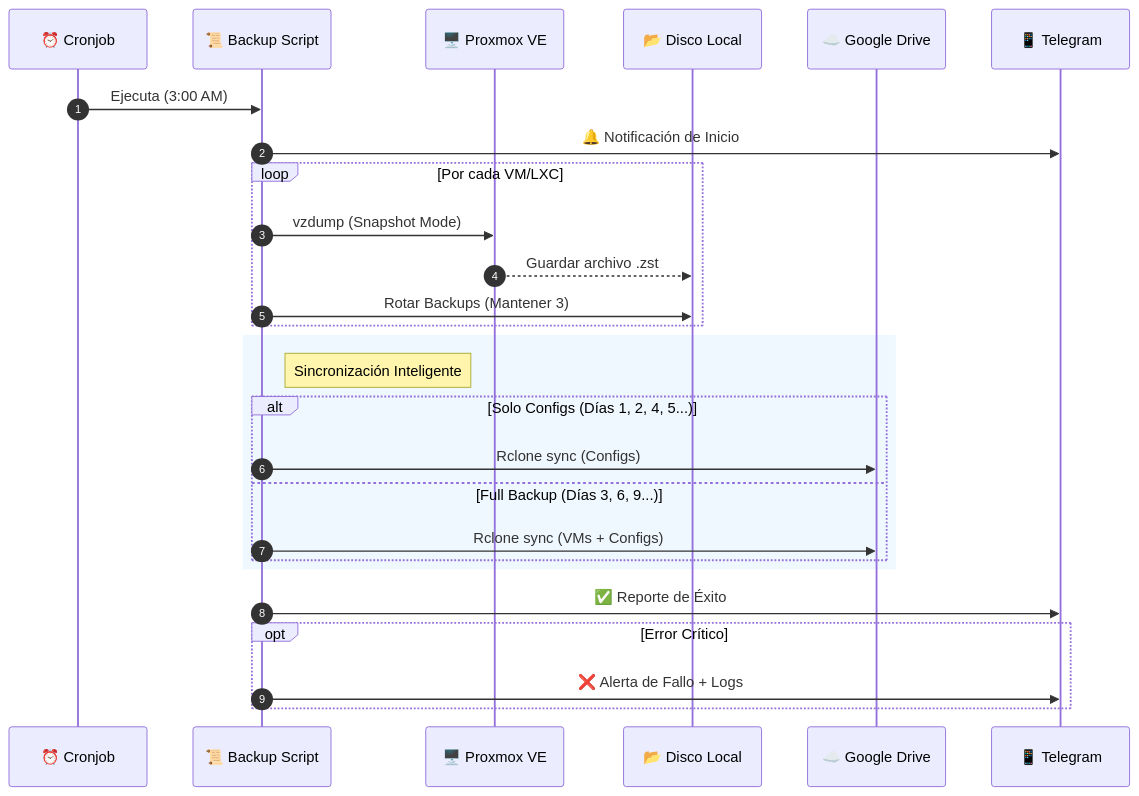
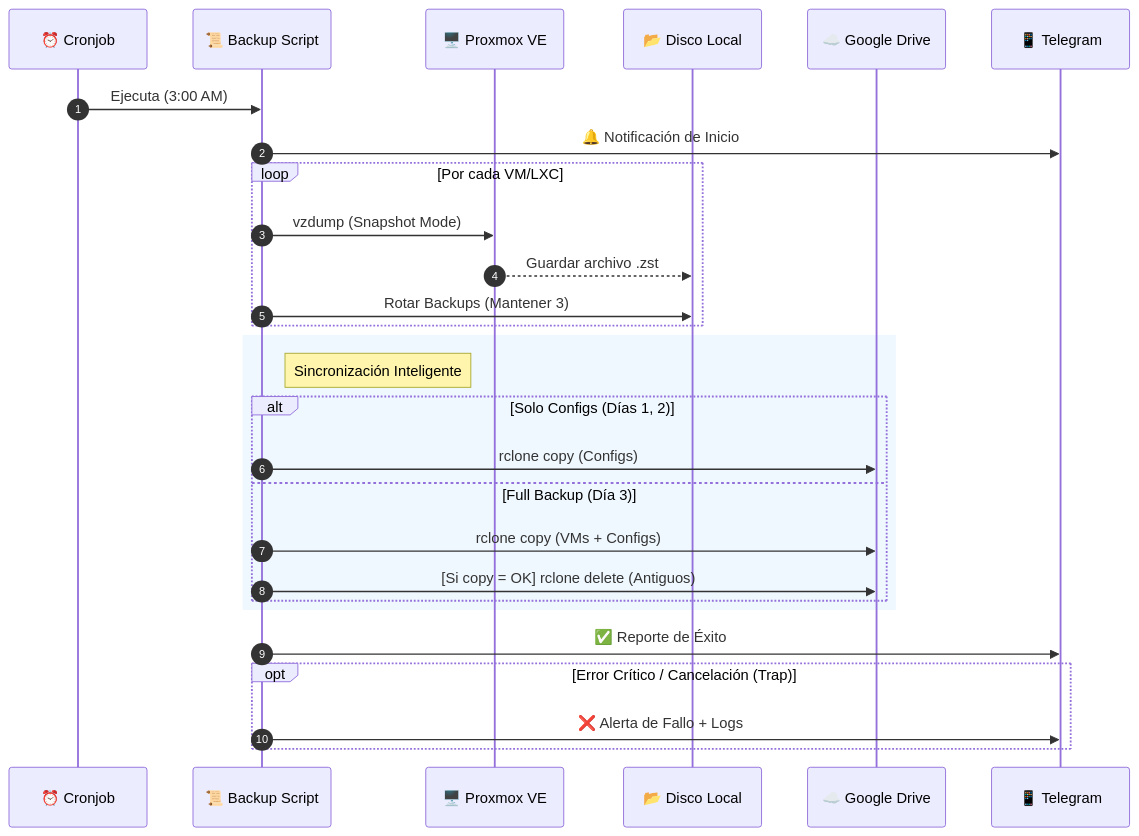
One commit to herwingx/backup-proxmox changed the second of 2 diagrams in README.md. Above: the diagram before and after it, drawn with Mermaid. The commit also changed other lines of this file and 1 other file, not shown here.

````diff
--- a/README.md
+++ b/README.md
@@ -126,34 +127,35 @@
 ```mermaid
 sequenceDiagram
     autonumber
     participant Cron as ⏰ Cronjob
     participant Script as 📜 Backup Script
     participant PVE as 🖥️ Proxmox VE
     participant Local as 📂 Disco Local
     participant Cloud as ☁️ Google Drive
     participant TG as 📱 Telegram
 
     Cron->>Script: Ejecuta (3:00 AM)
     Script->>TG: 🔔 Notificación de Inicio
     
     loop Por cada VM/LXC
         Script->>PVE: vzdump (Snapshot Mode)
         PVE-->>Local: Guardar archivo .zst
         Script->>Local: Rotar Backups (Mantener 3)
     end
 
     rect rgb(240, 248, 255)
     note right of Script: Sincronización Inteligente
-    alt Solo Configs (Días 1, 2, 4, 5...)
-        Script->>Cloud: Rclone sync (Configs)
-    else Full Backup (Días 3, 6, 9...)
-        Script->>Cloud: Rclone sync (VMs + Configs)
+    alt Solo Configs (Días 1, 2)
+        Script->>Cloud: rclone copy (Configs)
+    else Full Backup (Día 3)
+        Script->>Cloud: rclone copy (VMs + Configs)
+        Script->>Cloud: [Si copy = OK] rclone delete (Antiguos)
     end
     end
 
     Script->>TG: ✅ Reporte de Éxito
     
-    opt Error Crítico
+    opt Error Crítico / Cancelación (Trap)
         Script->>TG: ❌ Alerta de Fallo + Logs
     end
 ```
````
